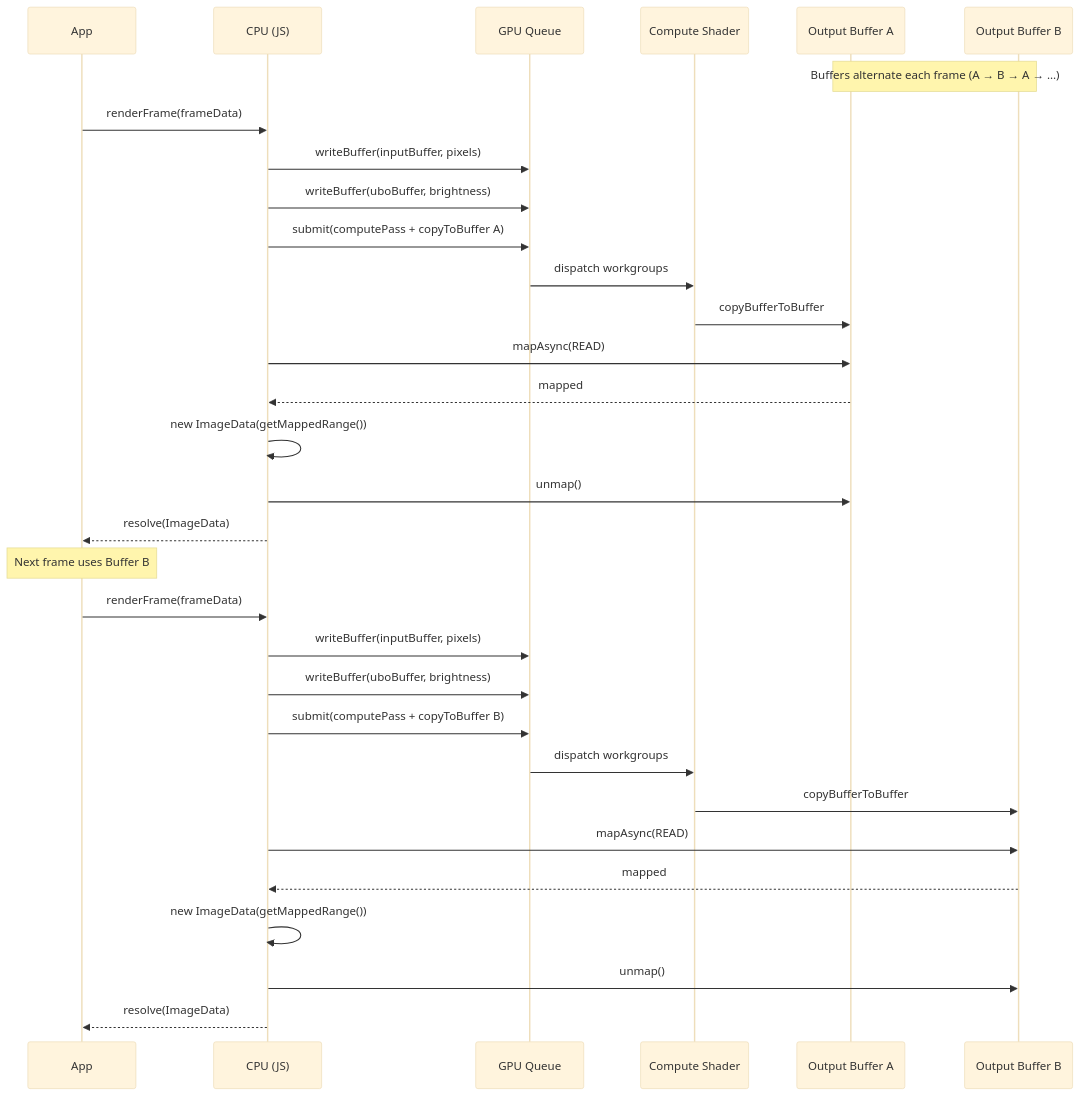
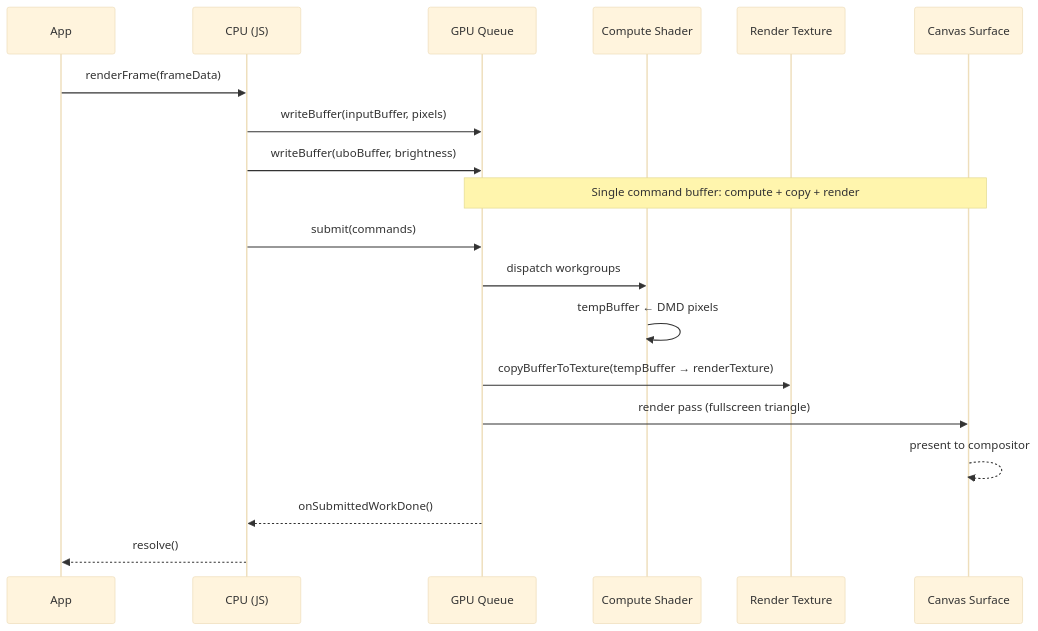
The first of 4 diagrams in rendering.md (bzhmaddog/H5DMD), drawn with Mermaid (base theme) before and after one commit. The commit also changed other lines of this file and 5 other files, not shown here.

Commit message:
feat: implement render-to-texture for DmdRenderer, optimizing GPU usage and eliminating readback

````diff
--- a/rendering.md
+++ b/rendering.md
@@ -5,37 +5,25 @@
 ```mermaid
 sequenceDiagram
     participant App
     participant CPU as CPU (JS)
     participant Queue as GPU Queue
     participant Compute as Compute Shader
-    participant BufA as Output Buffer A
-    participant BufB as Output Buffer B
-
-    Note over BufA,BufB: Buffers alternate each frame (A → B → A → …)
+    participant Tex as Render Texture
+    participant Canvas as Canvas Surface
 
     App->>CPU: renderFrame(frameData)
     CPU->>Queue: writeBuffer(inputBuffer, pixels)
     CPU->>Queue: writeBuffer(uboBuffer, brightness)
-    CPU->>Queue: submit(computePass + copyToBuffer A)
+
+    Note over Queue,Canvas: Single command buffer: compute + copy + render
+
+    CPU->>Queue: submit(commands)
     Queue->>Compute: dispatch workgroups
-    Compute->>BufA: copyBufferToBuffer
-    CPU->>BufA: mapAsync(READ)
-    BufA-->>CPU: mapped
-    CPU->>CPU: new ImageData(getMappedRange())
-    CPU->>BufA: unmap()
-    CPU-->>App: resolve(ImageData)
+    Compute->>Compute: tempBuffer ← DMD pixels
+    Queue->>Tex: copyBufferToTexture(tempBuffer → renderTexture)
+    Queue->>Canvas: render pass (fullscreen triangle)
+    Canvas-->>Canvas: present to compositor
 
-    Note over App: Next frame uses Buffer B
-
-    App->>CPU: renderFrame(frameData)
-    CPU->>Queue: writeBuffer(inputBuffer, pixels)
-    CPU->>Queue: writeBuffer(uboBuffer, brightness)
-    CPU->>Queue: submit(computePass + copyToBuffer B)
-    Queue->>Compute: dispatch workgroups
-    Compute->>BufB: copyBufferToBuffer
-    CPU->>BufB: mapAsync(READ)
-    BufB-->>CPU: mapped
-    CPU->>CPU: new ImageData(getMappedRange())
-    CPU->>BufB: unmap()
-    CPU-->>App: resolve(ImageData)
+    Queue-->>CPU: onSubmittedWorkDone()
+    CPU-->>App: resolve()
 ```
````
